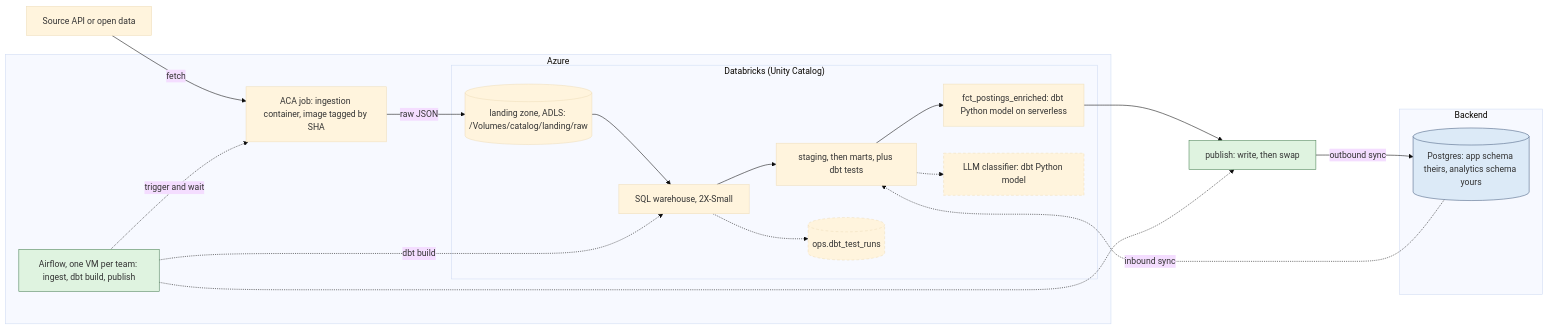
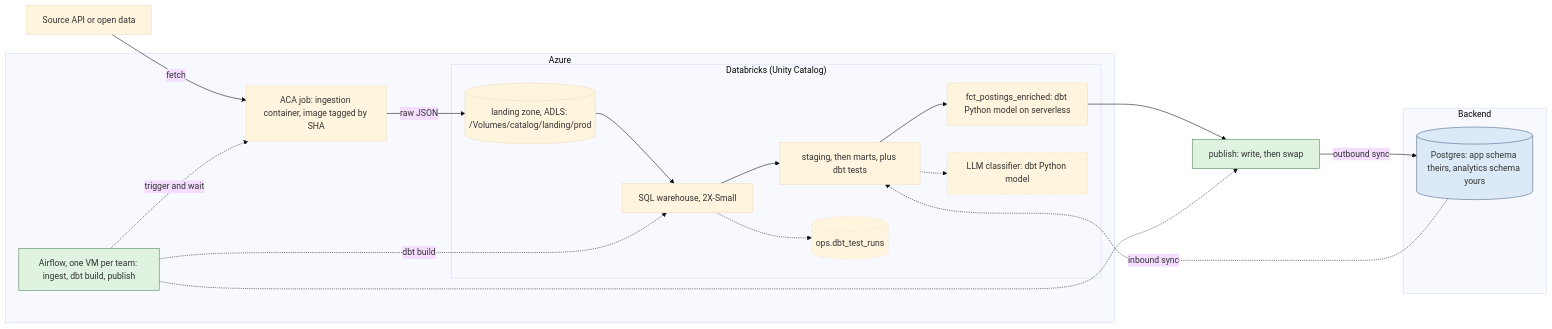
One commit to HackYourFuture/final-project-template changed the first of 2 diagrams in data/README.md. Above: the diagram before and after it, drawn with Mermaid (base theme). The commit also changed other lines of this file and 23 other files, not shown here.

````diff
--- a/data/README.md
+++ b/data/README.md
@@ -15,44 +15,44 @@
 ```mermaid
 flowchart LR
     SRC["Source API or open data"]
 
     subgraph az["Azure"]
         ING["ACA job: ingestion container, image tagged by SHA"]
 
         subgraph dbx["Databricks (Unity Catalog)"]
-            LAND[("landing zone, ADLS: /Volumes/catalog/landing/raw")]
+            LAND[("landing zone, ADLS: /Volumes/catalog/landing/prod")]
             WH["SQL warehouse, 2X-Small"]
             MODELS["staging, then marts, plus dbt tests"]
             ENRM["fct_postings_enriched: dbt Python model on serverless"]
             PYM["LLM classifier: dbt Python model"]
             OPSTBL[("ops.dbt_test_runs")]
         end
 
         AF["Airflow, one VM per team: ingest, dbt build, publish"]
     end
 
     subgraph be["Backend"]
         PG[("Postgres: app schema theirs, analytics schema yours")]
     end
 
     SRC -->|"fetch"| ING
     ING -->|"raw JSON"| LAND
     LAND --> WH --> MODELS
     MODELS --> ENRM
     MODELS -.-> PYM
     WH -.-> OPSTBL
     ENRM --> PUB["publish: write, then swap"]
     PUB -->|"outbound sync"| PG
     PG -.->|"inbound sync"| MODELS
 
     AF -.->|"trigger and wait"| ING
     AF -.->|"dbt build"| WH
     AF -.-> PUB
 
     classDef opt stroke-dasharray:5 4
     classDef orch fill:#dff3e0,stroke:#4a8055
     classDef store fill:#dceaf7,stroke:#4a6080
     class PYM,OPSTBL opt
     class AF,PUB orch
     class PG store
 ```
````
